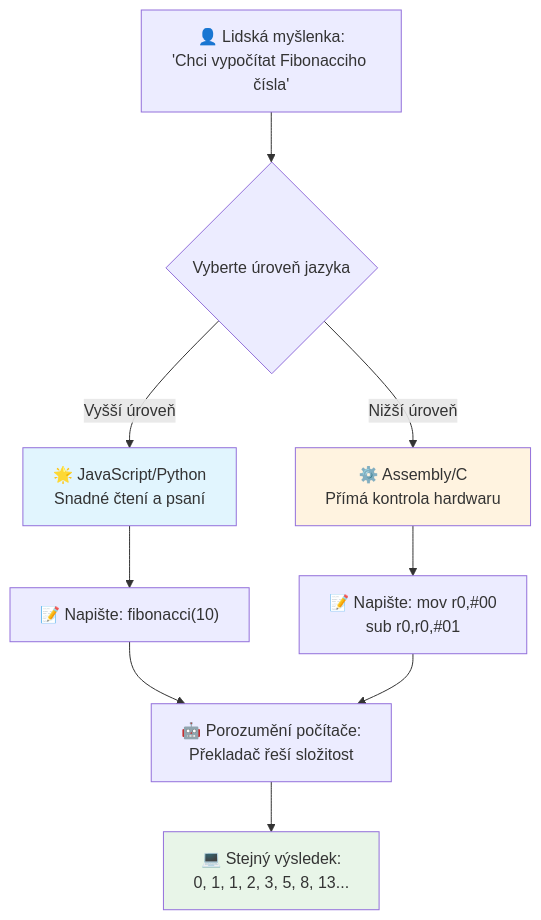
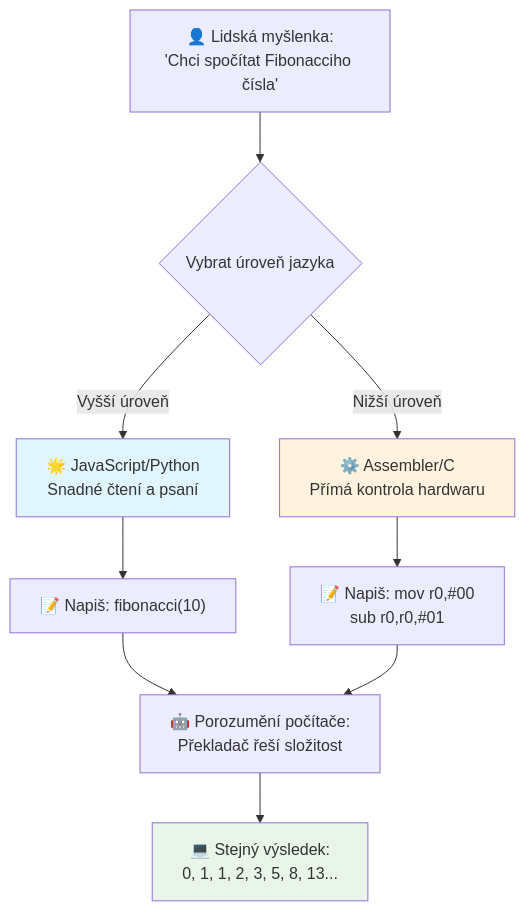
Before and after one commit to microsoft/Web-Dev-For-Beginners: the third of 7 diagrams in translations/cs/1-getting-started-lessons/1-intro-to-programming-languages/README.md, drawn with Mermaid. The commit also changed other lines of this file and 11 other files, not shown here.

````diff
--- a/translations/cs/1-getting-started-lessons/1-intro-to-programming-languages/README.md
+++ b/translations/cs/1-getting-started-lessons/1-intro-to-programming-languages/README.md
@@ -148,19 +148,19 @@
 ```mermaid
 flowchart TB
-    A["👤 Lidská myšlenka:<br/>'Chci vypočítat Fibonacciho čísla'"] --> B{Vyberte úroveň jazyka}
+    A["👤 Lidská myšlenka:<br/>'Chci spočítat Fibonacciho čísla'"] --> B{Vybrat úroveň jazyka}
     
     B -->|Vyšší úroveň| C["🌟 JavaScript/Python<br/>Snadné čtení a psaní"]
-    B -->|Nižší úroveň| D["⚙️ Assembly/C<br/>Přímá kontrola hardwaru"]
+    B -->|Nižší úroveň| D["⚙️ Assembler/C<br/>Přímá kontrola hardwaru"]
     
-    C --> E["📝 Napište: fibonacci(10)"]
-    D --> F["📝 Napište: mov r0,#00<br/>sub r0,r0,#01"]
+    C --> E["📝 Napiš: fibonacci(10)"]
+    D --> F["📝 Napiš: mov r0,#00<br/>sub r0,r0,#01"]
     
     E --> G["🤖 Porozumění počítače:<br/>Překladač řeší složitost"]
     F --> G
     
     G --> H["💻 Stejný výsledek:<br/>0, 1, 1, 2, 3, 5, 8, 13..."]
     
     style C fill:#e1f5fe
     style D fill:#fff3e0
     style H fill:#e8f5e8
 ```
````
